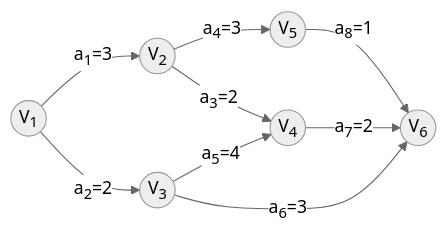
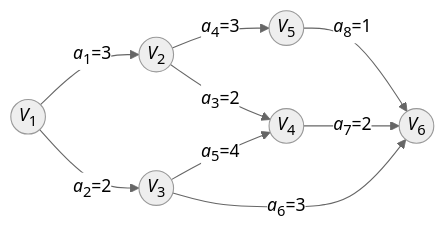
One commit to widcardw/my-notes changed the diagram in src/content/docs/undergraduate/data-structure/section06-graph.md. Above: the diagram before and after it, drawn with Mermaid (neutral theme). The commit also changed other lines of this file and 13 other files, not shown here.

````diff
--- a/src/content/docs/undergraduate/data-structure/section06-graph.md
+++ b/src/content/docs/undergraduate/data-structure/section06-graph.md
@@ -364,11 +359,11 @@
 ```mermaid
 graph LR
-v1((V<sub>1</sub>)) -- "a<sub>1</sub>=3" --> v2((V<sub>2</sub>))
-v1-- "a<sub>2</sub>=2" --> v3((V<sub>3</sub>))
-v2 -- "a<sub>3</sub>=2" --> v4((V<sub>4</sub>))
-v3 -- "a<sub>5</sub>=4" --> v4
-v2 -- "a<sub>4</sub>=3" --> v5((V<sub>5</sub>))
-v5 -- "a<sub>8</sub>=1" --> v6((V<sub>6</sub>))
-v4 -- "a<sub>7</sub>=2" --> v6
-v3 -- "a<sub>6</sub>=3" --> v6
+v1((<i>V</i><sub>1</sub>)) -- "<i>a</i><sub>1</sub>=3" --> v2((<i>V</i><sub>2</sub>))
+v1-- "<i>a</i><sub>2</sub>=2" --> v3((<i>V</i><sub>3</sub>))
+v2 -- "<i>a</i><sub>3</sub>=2" --> v4((<i>V</i><sub>4</sub>))
+v3 -- "<i>a</i><sub>5</sub>=4" --> v4
+v2 -- "<i>a</i><sub>4</sub>=3" --> v5((<i>V</i><sub>5</sub>))
+v5 -- "<i>a</i><sub>8</sub>=1" --> v6((<i>V</i><sub>6</sub>))
+v4 -- "<i>a</i><sub>7</sub>=2" --> v6
+v3 -- "<i>a</i><sub>6</sub>=3" --> v6
 ```
````
